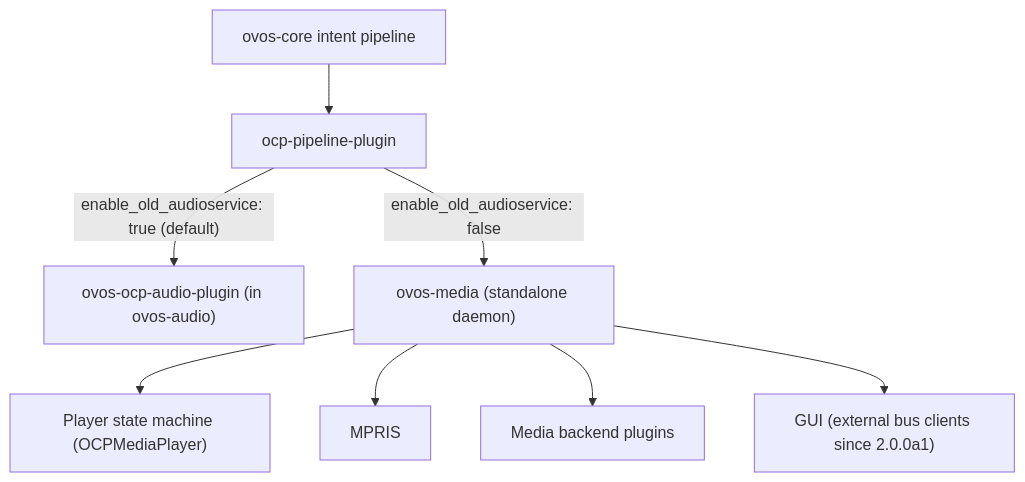
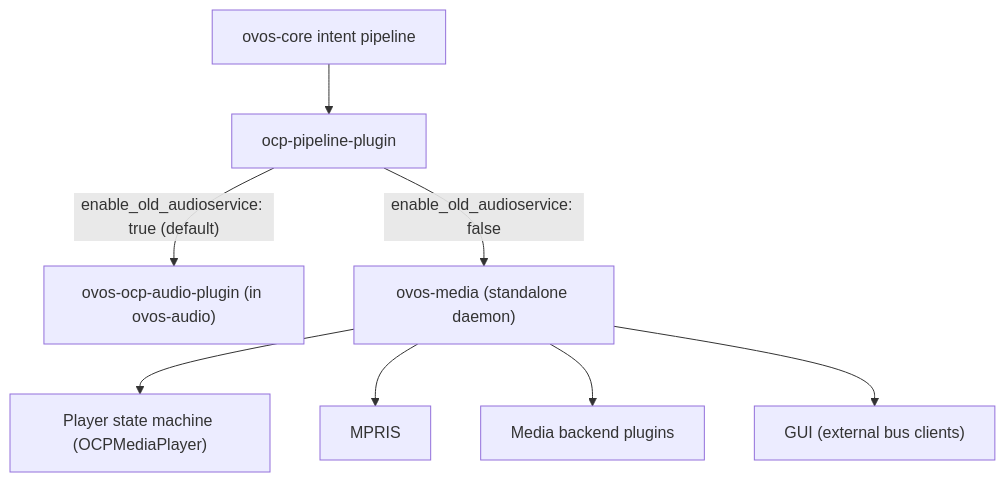
Before and after one commit to OpenVoiceOS/beta-technical-manual: the diagram in docs/ovos-media.md, drawn with Mermaid. The commit also changed other lines of this file and 213 other files, not shown here.

````diff
--- a/docs/ovos-media.md
+++ b/docs/ovos-media.md
@@ -78,10 +77,10 @@
 ```mermaid
 flowchart TD
     Core["ovos-core intent pipeline"] --> Pipeline["ocp-pipeline-plugin"]
     Pipeline -->|"enable_old_audioservice: true (default)"| Legacy["ovos-ocp-audio-plugin (in ovos-audio)"]
     Pipeline -->|"enable_old_audioservice: false"| Media["ovos-media (standalone daemon)"]
     Media --> PSM["Player state machine (OCPMediaPlayer)"]
     Media --> MPRIS
     Media --> Backends["Media backend plugins"]
-    Media --> GUI["GUI (external bus clients since 2.0.0a1)"]
+    Media --> GUI["GUI (external bus clients)"]
 ```
````
